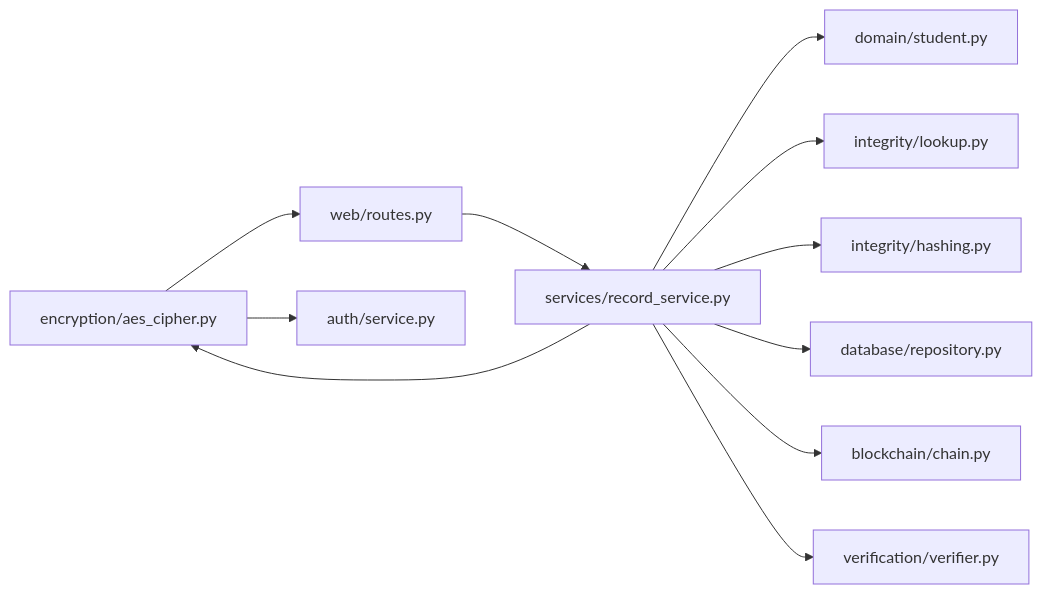
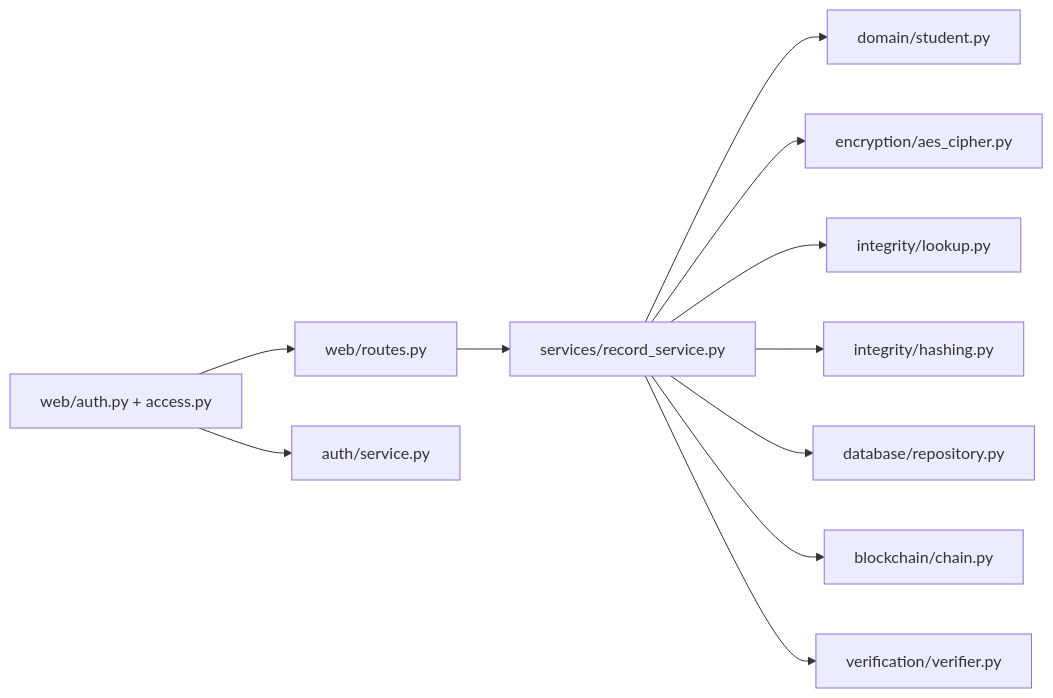
One commit to hv6z/secureedu-authenticated-student-records changed the diagram in docs/ke_hoach_code.md. Above: the diagram before and after it, drawn with Mermaid. The commit also changed other lines of this file, not shown here.

````diff
--- a/docs/ke_hoach_code.md
+++ b/docs/ke_hoach_code.md
@@ -7,13 +7,13 @@
 ```mermaid
 flowchart LR
-    A["web/auth.py + access.py"] --> R["web/routes.py"]
-    A --> U["auth/service.py"]
+    W["web/auth.py + access.py"] --> R["web/routes.py"]
+    W --> U["auth/service.py"]
     R --> S["services/record_service.py"]
     S --> D["domain/student.py"]
-    S --> A["encryption/aes_cipher.py"]
+    S --> E["encryption/aes_cipher.py"]
     S --> L["integrity/lookup.py"]
     S --> H["integrity/hashing.py"]
     S --> P["database/repository.py"]
     S --> C["blockchain/chain.py"]
     S --> V["verification/verifier.py"]
 ```
````
